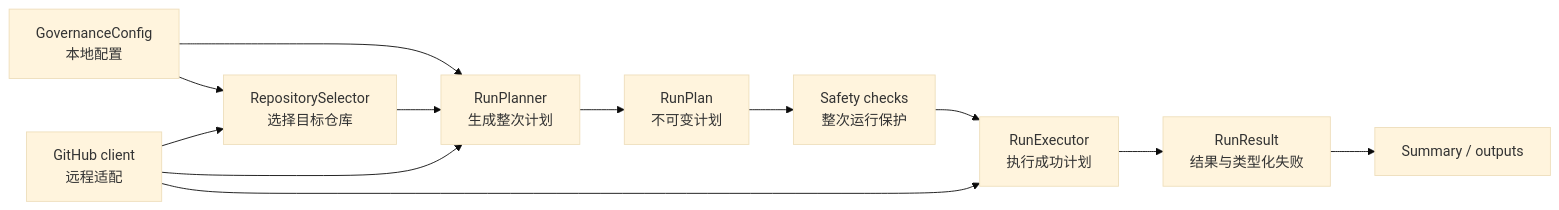
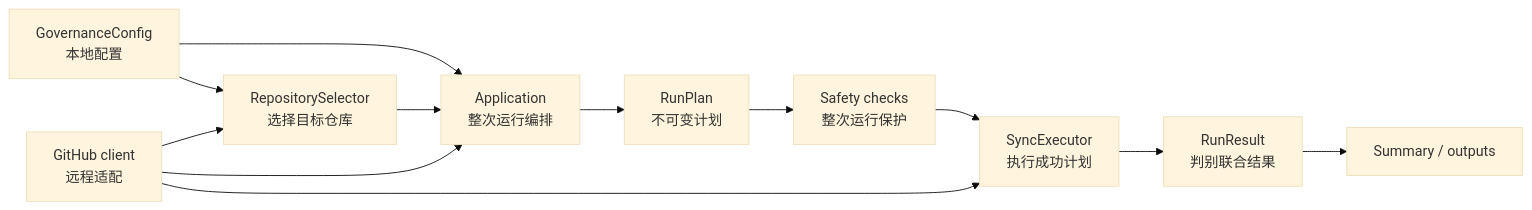
Before and after one commit to matharts/sync-labels-action: the diagram in docs/roadmap.md, drawn with Mermaid (base theme). The commit also changed other lines of this file and 29 other files, not shown here.

````diff
--- a/docs/roadmap.md
+++ b/docs/roadmap.md
@@ -53,14 +56,14 @@
 ```mermaid
 flowchart LR
   Config["GovernanceConfig<br/>本地配置"] --> Selector["RepositorySelector<br/>选择目标仓库"]
   Client["GitHub client<br/>远程适配"] --> Selector
-  Config --> Planner["RunPlanner<br/>生成整次计划"]
-  Selector --> Planner
-  Client --> Planner
-  Planner --> Plan["RunPlan<br/>不可变计划"]
+  Config --> Application["Application<br/>整次运行编排"]
+  Selector --> Application
+  Client --> Application
+  Application --> Plan["RunPlan<br/>不可变计划"]
   Plan --> Guard["Safety checks<br/>整次运行保护"]
-  Guard --> Executor["RunExecutor<br/>执行成功计划"]
+  Guard --> Executor["SyncExecutor<br/>执行成功计划"]
   Client --> Executor
-  Executor --> Result["RunResult<br/>结果与类型化失败"]
+  Executor --> Result["RunResult<br/>判别联合结果"]
   Result --> Writers["Summary / outputs"]
 ```
````
